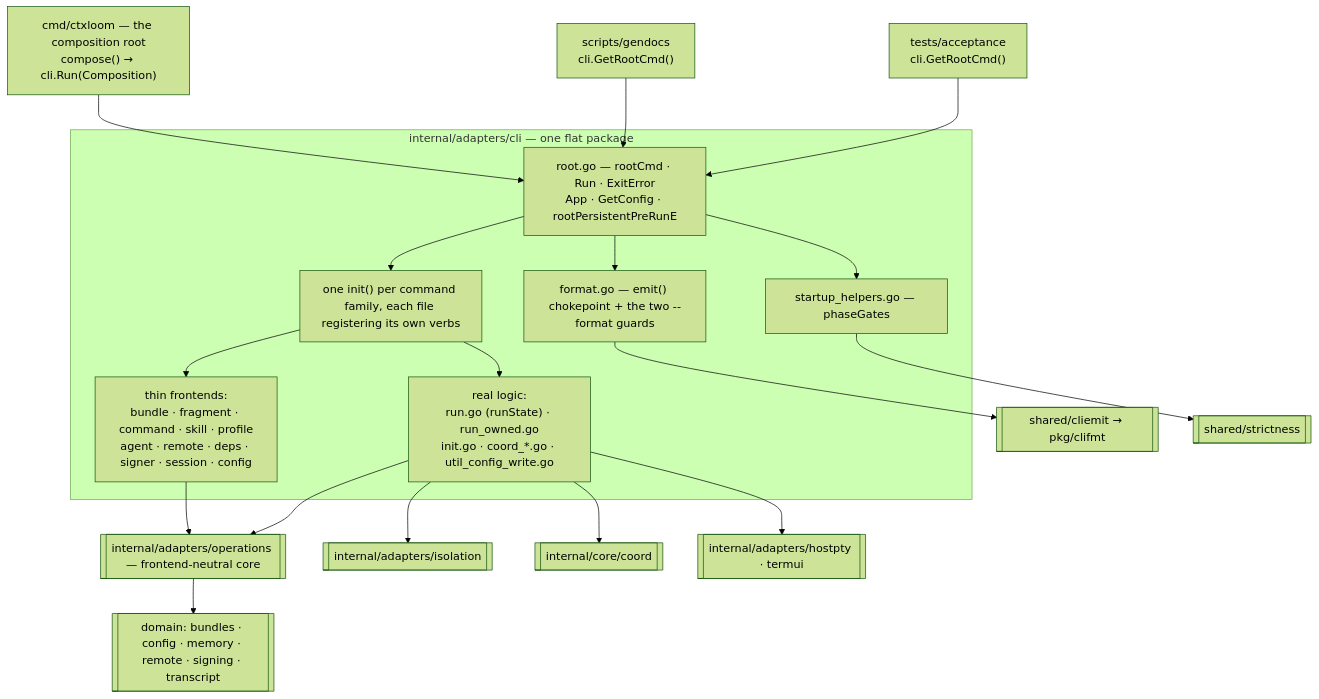
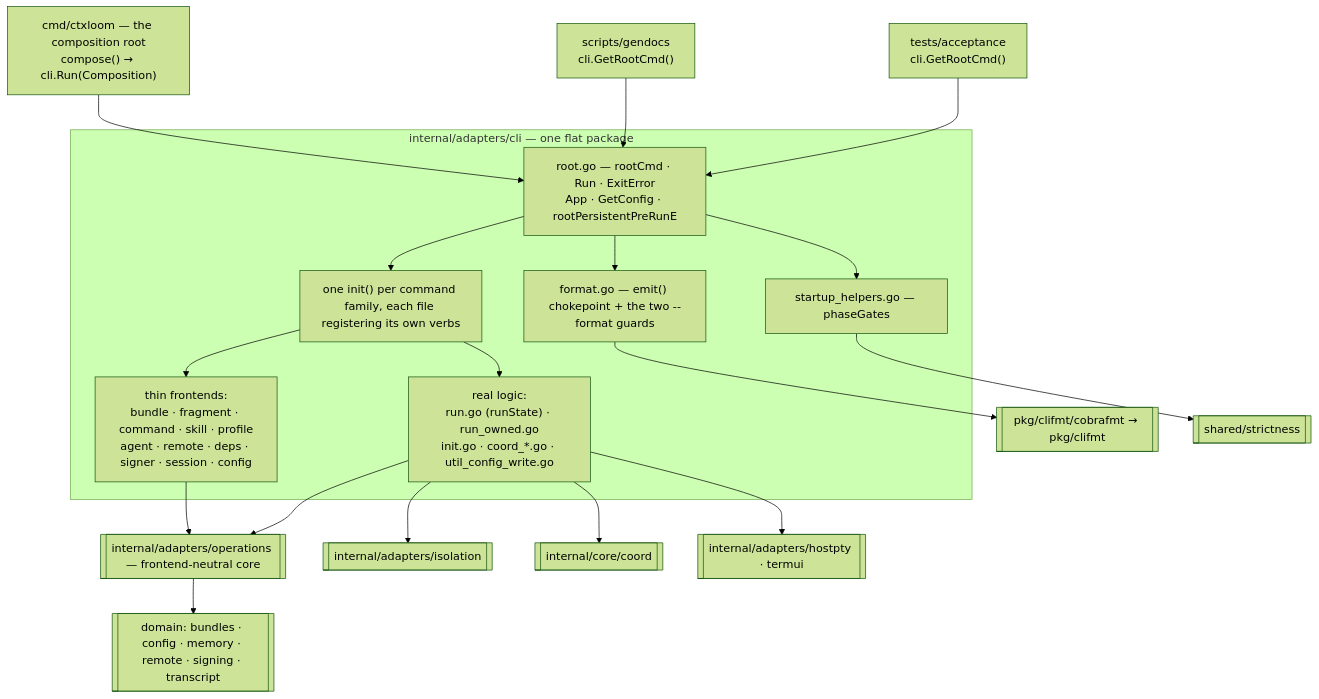
The diagram in docs/architecture/cli/README.md (ctxloom/ctxloom), drawn with Mermaid (forest theme) before and after one commit. The commit also changed other lines of this file and 11 other files, not shown here.

````diff
--- a/docs/architecture/cli/README.md
+++ b/docs/architecture/cli/README.md
@@ -17,28 +17,28 @@
 ```mermaid
 flowchart TD
     MAIN["cmd/ctxloom — the composition root<br/>compose() → cli.Run(Composition)"]
     GD["scripts/gendocs<br/>cli.GetRootCmd()"]
     ACC["tests/acceptance<br/>cli.GetRootCmd()"]
 
     MAIN --> ROOT
     GD --> ROOT
     ACC --> ROOT
 
     subgraph cli["internal/adapters/cli — one flat package"]
         ROOT["root.go — rootCmd · Run · ExitError<br/>App · GetConfig · rootPersistentPreRunE"]
         ROOT --> FMT["format.go — emit() chokepoint + the two --format guards"]
         ROOT --> SH["startup_helpers.go — phaseGates"]
         ROOT --> CMDS["one init() per command family, each file registering its own verbs"]
         CMDS --> THIN["thin frontends:<br/>bundle · fragment · command · skill · profile<br/>agent · remote · deps · signer · session · config"]
         CMDS --> THICK["real logic:<br/>run.go (runState) · run_owned.go<br/>init.go · coord_*.go · util_config_write.go"]
     end
 
     THIN --> OPS[["internal/adapters/operations — frontend-neutral core"]]
     THICK --> OPS
     THICK --> ISO[["internal/adapters/isolation"]]
     THICK --> COORD[["internal/core/coord"]]
     THICK --> TTY[["internal/adapters/hostpty · termui"]]
     OPS --> DOM[["domain: bundles · config · memory · remote · signing · transcript"]]
-    FMT --> CE[["shared/cliemit → pkg/clifmt"]]
+    FMT --> CE[["pkg/clifmt/cobrafmt → pkg/clifmt"]]
     SH --> STR[["shared/strictness"]]
 ```
````
